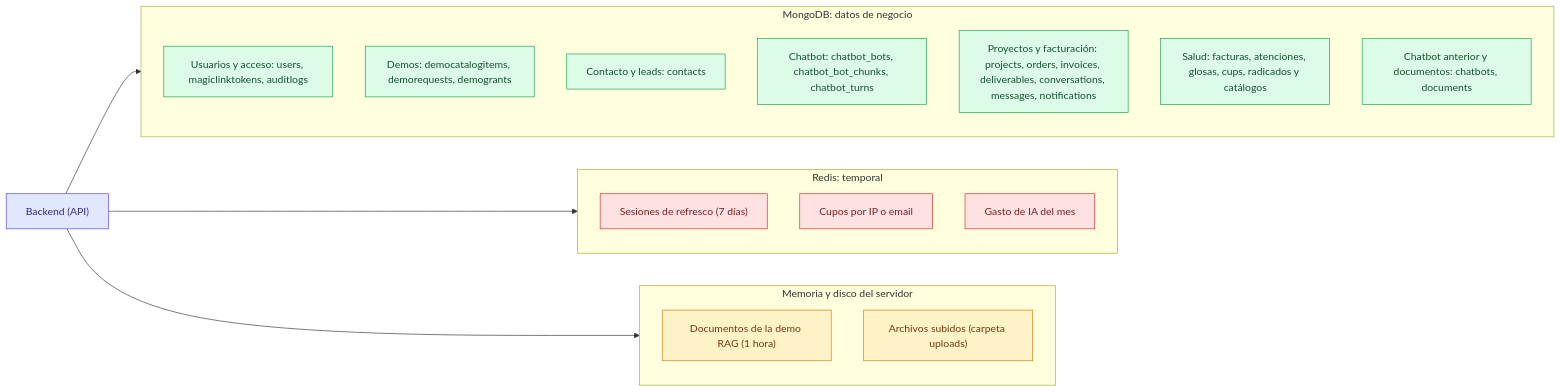
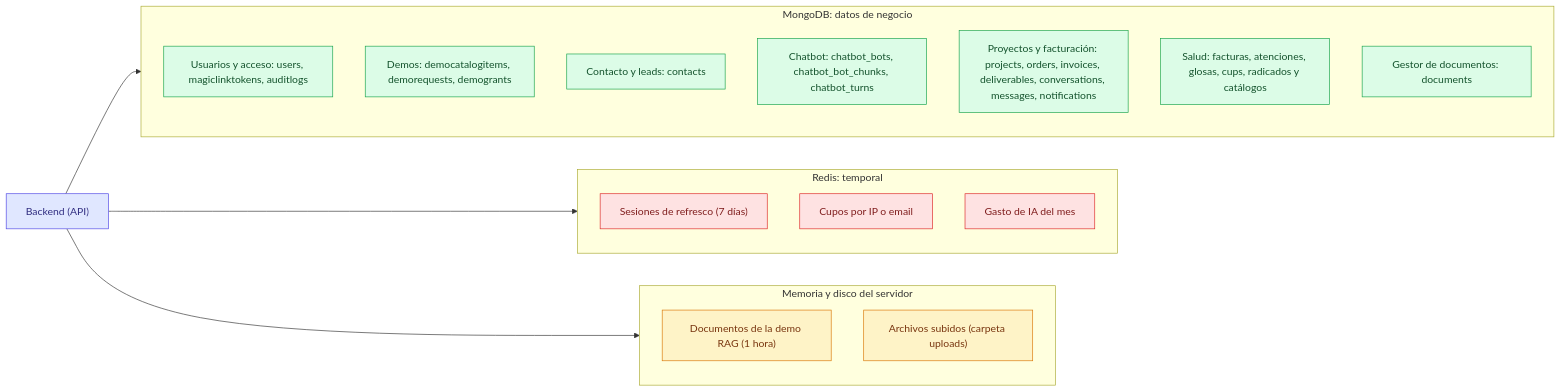
Before and after one commit to ronalc90/koptup: the first of 13 diagrams in docs/wiki/Doc-09-Modelos-de-Datos.md, drawn with Mermaid. The commit also changed other lines of this file and 56 other files, not shown here.

````diff
--- a/docs/wiki/Doc-09-Modelos-de-Datos.md
+++ b/docs/wiki/Doc-09-Modelos-de-Datos.md
@@ -26,34 +26,34 @@
 ```mermaid
 flowchart LR
     classDef mongo fill:#dcfce7,stroke:#16a34a,color:#14532d
     classDef redis fill:#fee2e2,stroke:#dc2626,color:#7f1d1d
     classDef mem fill:#fef3c7,stroke:#d97706,color:#78350f
     classDef api fill:#e0e7ff,stroke:#4f46e5,color:#312e81
 
     API["Backend (API)"]:::api
 
     subgraph MONGO["MongoDB: datos de negocio"]
         U["Usuarios y acceso: users, magiclinktokens, auditlogs"]:::mongo
         D["Demos: democatalogitems, demorequests, demogrants"]:::mongo
         L["Contacto y leads: contacts"]:::mongo
         B["Chatbot: chatbot_bots, chatbot_bot_chunks, chatbot_turns"]:::mongo
         P["Proyectos y facturación: projects, orders, invoices, deliverables, conversations, messages, notifications"]:::mongo
         S["Salud: facturas, atenciones, glosas, cups, radicados y catálogos"]:::mongo
-        C["Chatbot anterior y documentos: chatbots, documents"]:::mongo
+        C["Gestor de documentos: documents"]:::mongo
     end
 
     subgraph REDIS["Redis: temporal"]
         R1["Sesiones de refresco (7 días)"]:::redis
         R2["Cupos por IP o email"]:::redis
         R3["Gasto de IA del mes"]:::redis
     end
 
     subgraph PROC["Memoria y disco del servidor"]
         M1["Documentos de la demo RAG (1 hora)"]:::mem
         M3["Archivos subidos (carpeta uploads)"]:::mem
     end
 
     API --> MONGO
     API --> REDIS
     API --> PROC
 ```
````
